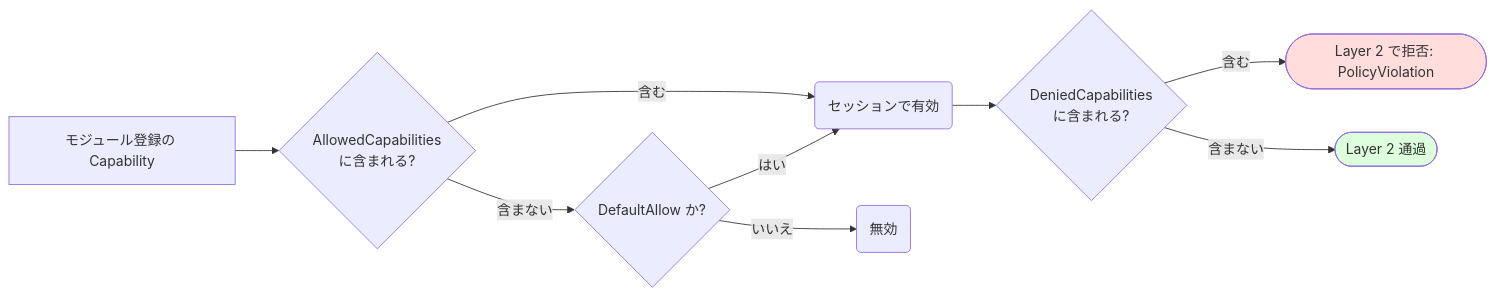
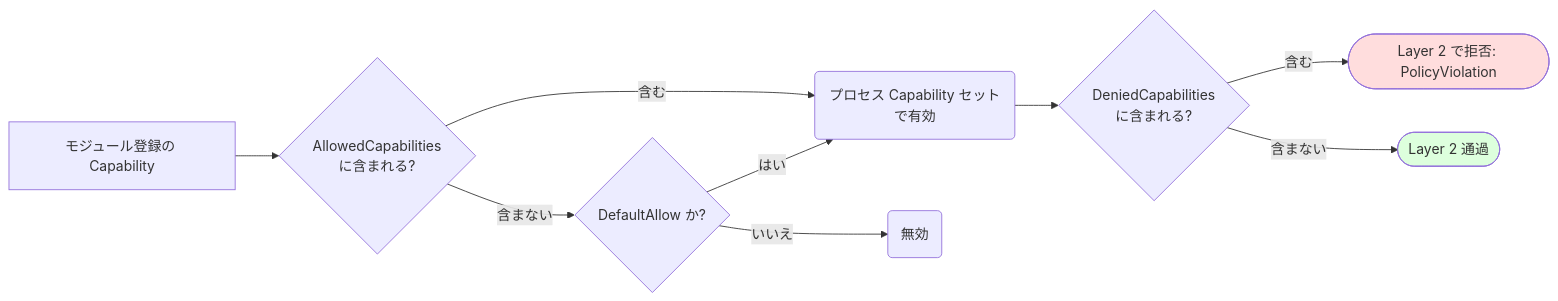
Before and after one commit to Naotsun19B/UnrealAIIntegrationPlatform-Document: the second of 2 diagrams in docs/ja/safety.md, drawn with Mermaid. The commit also changed other lines of this file and 9 other files, not shown here.

````diff
--- a/docs/ja/safety.md
+++ b/docs/ja/safety.md
@@ -40,13 +47,13 @@
 ```mermaid
 flowchart LR
     Reg[モジュール登録の Capability] --> Allow{"AllowedCapabilities<br/>に含まれる?"}
-    Allow -- "含む" --> Active(セッションで有効)
+    Allow -- "含む" --> Active(プロセス Capability セットで有効)
     Allow -- "含まない" --> S1{"DefaultAllow か?"}
     S1 -- はい --> Active
     S1 -- いいえ --> X1(無効)
     Active --> Deny{"DeniedCapabilities<br/>に含まれる?"}
     Deny -- "含む" --> Final([Layer 2 で拒否: PolicyViolation])
     Deny -- "含まない" --> OK([Layer 2 通過])
     style Final fill:#fdd
     style OK fill:#dfd
 ```
````
